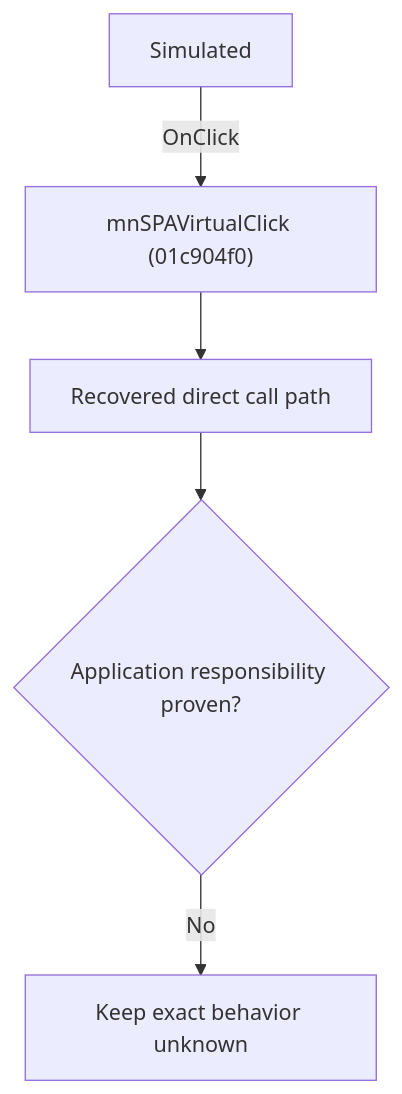
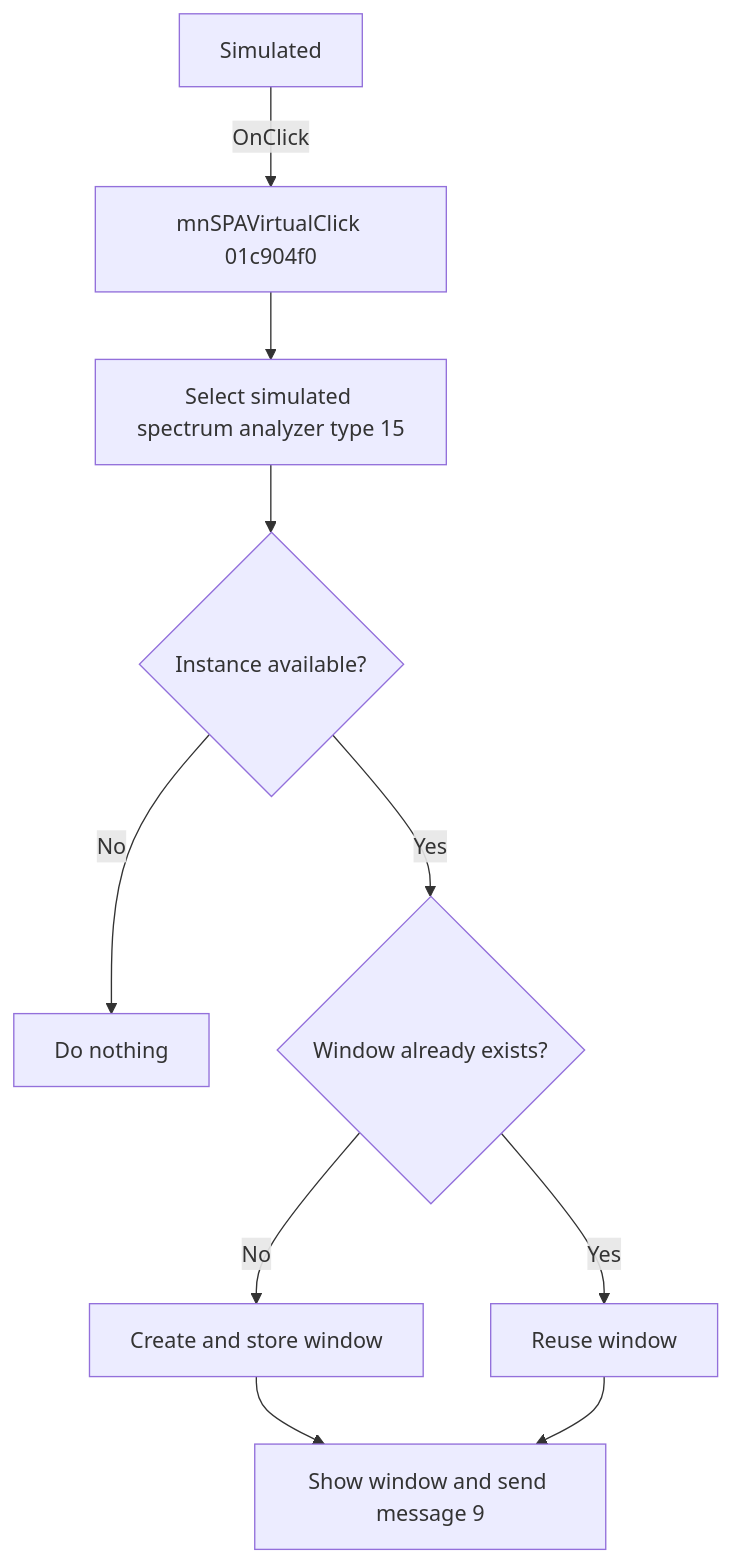
One commit to MovGP0/TIARA changed the diagram in docs/ui-controls/schematiceditor/mnspavirtual-afa21bf203.md. Above: the diagram before and after it, drawn with Mermaid. The commit also changed other lines of this file and 241 other files, not shown here.

````diff
--- a/docs/ui-controls/schematiceditor/mnspavirtual-afa21bf203.md
+++ b/docs/ui-controls/schematiceditor/mnspavirtual-afa21bf203.md
@@ -27,7 +22,12 @@
 ```mermaid
 flowchart TD
-    control["Simulated"] -->|"OnClick"| handler["mnSPAVirtualClick (01c904f0)"]
-    handler --> recovered["Recovered direct call path"]
-    recovered --> gap{"Application responsibility proven?"}
-    gap -->|"No"| blocked["Keep exact behavior unknown"]
+    control["Simulated"] -->|"OnClick"| handler["mnSPAVirtualClick 01c904f0"]
+    handler --> coordinator["Select simulated spectrum analyzer type 15"]
+    coordinator --> available{"Instance available?"}
+    available -->|"No"| noOp["Do nothing"]
+    available -->|"Yes"| slot{"Window already exists?"}
+    slot -->|"No"| create["Create and store window"]
+    slot -->|"Yes"| reuse["Reuse window"]
+    create --> show["Show window and send message 9"]
+    reuse --> show
 ```
````
